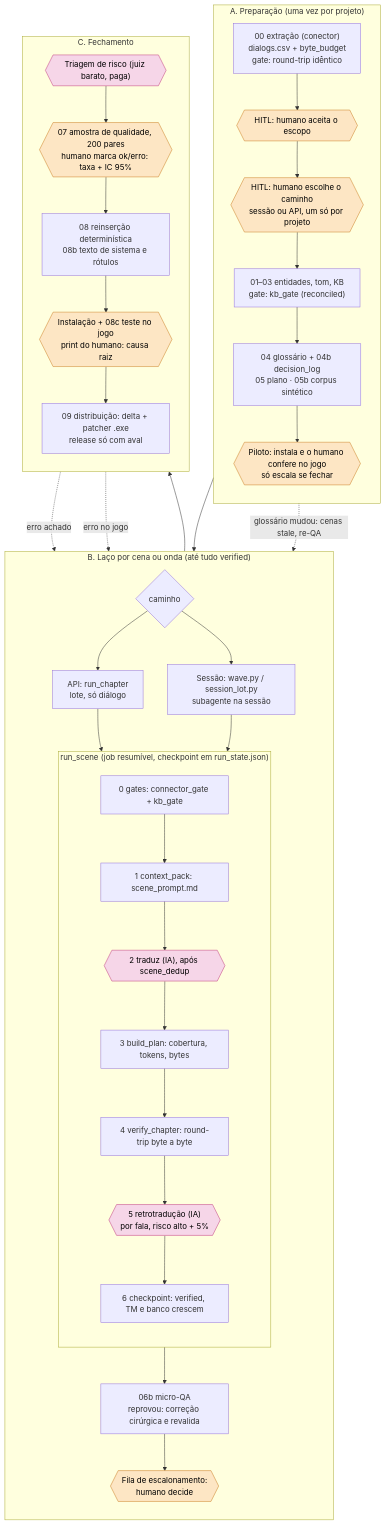
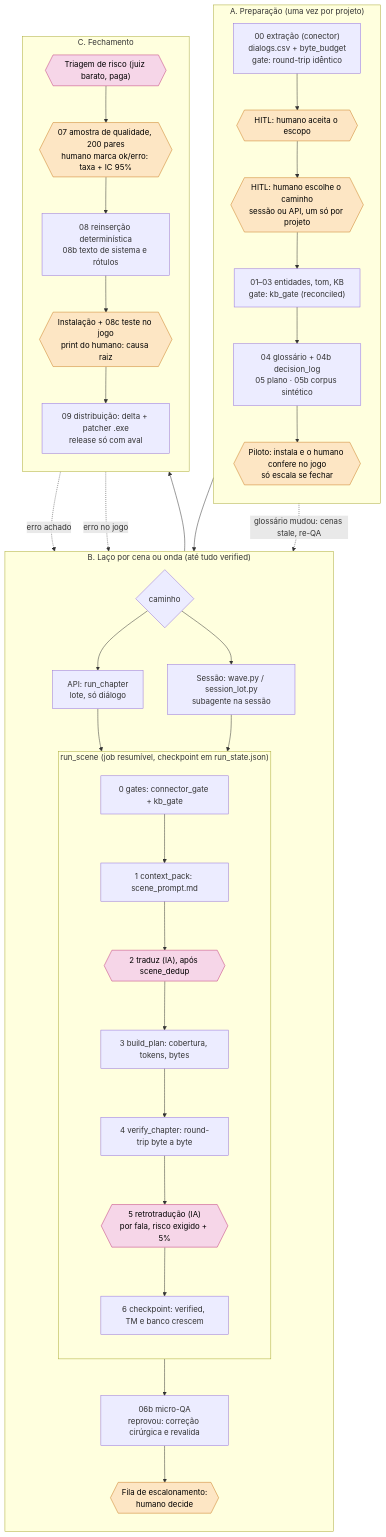
One commit to scudellerlemos/translation-cognition-framework changed the first of 11 diagrams in docs/DIAGRAMAS.md. Above: the diagram before and after it, drawn with Mermaid. The commit also changed other lines of this file and 28 other files, not shown here.

````diff
--- a/docs/DIAGRAMAS.md
+++ b/docs/DIAGRAMAS.md
@@ -12,58 +12,58 @@
 ```mermaid
 flowchart TB
   subgraph A["A. Preparação (uma vez por projeto)"]
     direction TB
     a0["00 extração (conector)<br/>dialogs.csv + byte_budget<br/>gate: round-trip idêntico"]
     h1{{"HITL: humano aceita o escopo"}}
     h2{{"HITL: humano escolhe o caminho<br/>sessão ou API, um só por projeto"}}
     a1["01–03 entidades, tom, KB<br/>gate: kb_gate (reconciled)"]
     a4["04 glossário + 04b decision_log<br/>05 plano · 05b corpus sintético"]
     pil{{"Piloto: instala e o humano confere no jogo<br/>só escala se fechar"}}
     a0 --> h1 --> h2 --> a1 --> a4 --> pil
   end
 
   subgraph B["B. Laço por cena ou onda (até tudo verified)"]
     direction TB
     via{"caminho"}
     api["API: run_chapter<br/>lote, só diálogo"]
     ses["Sessão: wave.py / session_lot.py<br/>subagente na sessão"]
     subgraph RS["run_scene (job resumível, checkpoint em run_state.json)"]
       direction TB
       g0["0 gates: connector_gate + kb_gate"]
       g1["1 context_pack: scene_prompt.md"]
       g2{{"2 traduz (IA), após scene_dedup"}}
       g3["3 build_plan: cobertura, tokens, bytes"]
       g4["4 verify_chapter: round-trip byte a byte"]
-      g5{{"5 retrotradução (IA)<br/>por fala, risco alto + 5%"}}
+      g5{{"5 retrotradução (IA)<br/>por fala, risco exigido + 5%"}}
       g6["6 checkpoint: verified, TM e banco crescem"]
       g0 --> g1 --> g2 --> g3 --> g4 --> g5 --> g6
     end
     qa["06b micro-QA<br/>reprovou: correção cirúrgica e revalida"]
     esc{{"Fila de escalonamento:<br/>humano decide"}}
     via --> api --> g0
     via --> ses --> g0
     g6 --> qa
     qa --> esc
   end
 
   subgraph C["C. Fechamento"]
     direction TB
     tri{{"Triagem de risco (juiz barato, paga)"}}
     q7{{"07 amostra de qualidade, 200 pares<br/>humano marca ok/erro: taxa + IC 95%"}}
     r8["08 reinserção determinística<br/>08b texto de sistema e rótulos"]
     t8c{{"Instalação + 08c teste no jogo<br/>print do humano: causa raiz"}}
     d9["09 distribuição: delta + patcher .exe<br/>release só com aval"]
     tri --> q7 --> r8 --> t8c --> d9
   end
 
   pil --> via
   esc --> tri
   q7 -.->|erro achado| qa
   t8c -.->|erro no jogo| qa
   a4 -.->|glossário mudou: cenas stale, re-QA| g0
 
   classDef ia fill:#f6d6e8,stroke:#c0397b,color:#000;
   classDef hum fill:#fde6c4,stroke:#c97b1f,color:#000;
   class g2,g5,tri ia;
   class h1,h2,pil,esc,q7,t8c hum;
 ```
````
